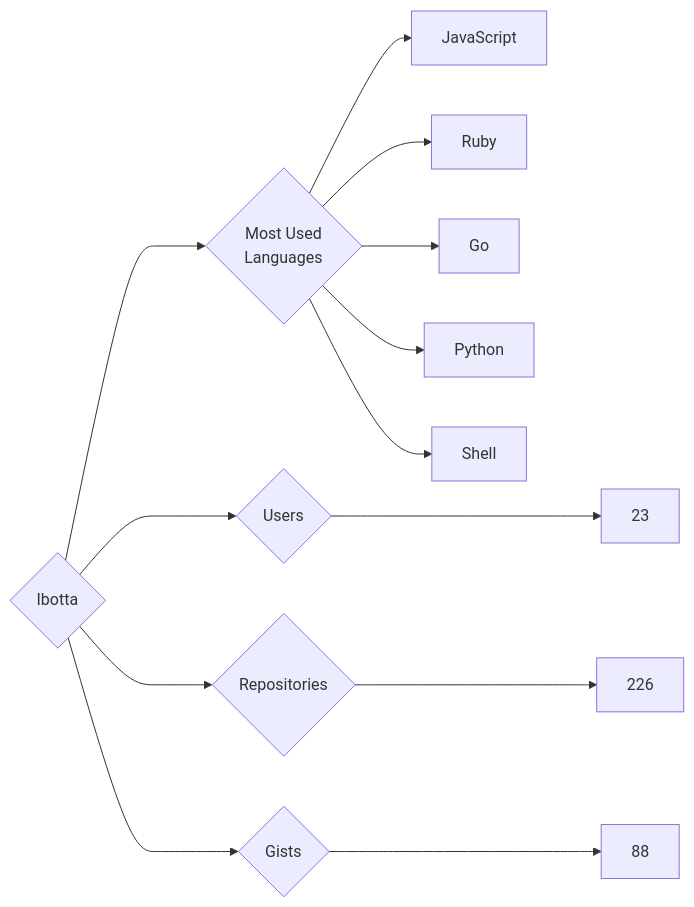
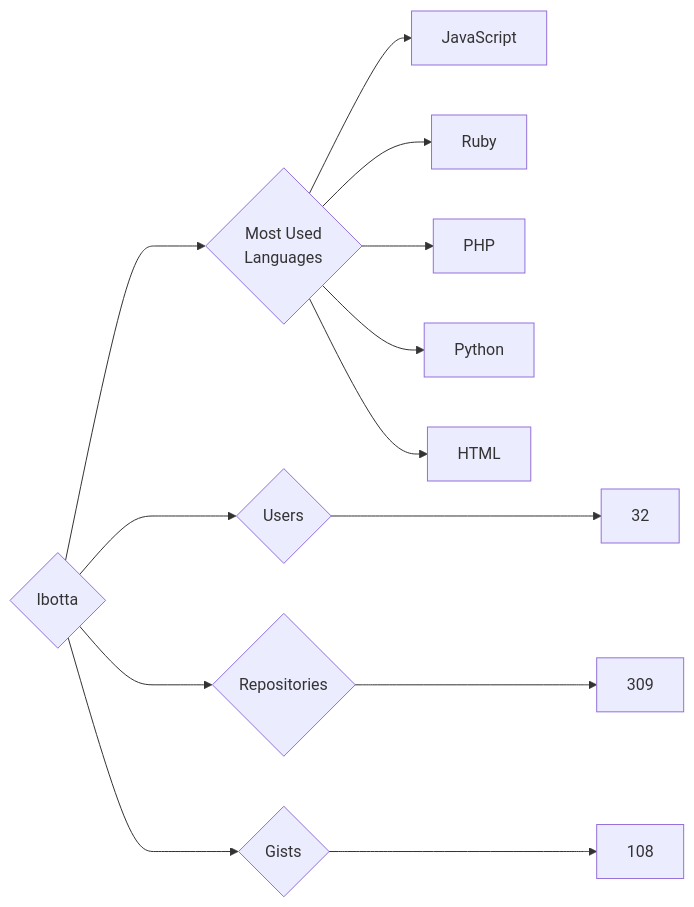
Before and after one commit to trickest/insiders: the diagram in targets/Ibotta/README.md, drawn with Mermaid. The commit also changed 984 other files, not shown here.

````diff
--- a/targets/Ibotta/README.md
+++ b/targets/Ibotta/README.md
@@ -3,13 +3,13 @@
 ```mermaid
 graph LR
 COMPANY_NAME{Ibotta}
-COMPANY_NAME ---> U{Users} ---> UN[23]
-COMPANY_NAME ---> R{Repositories} ---> RN[226]
-COMPANY_NAME ---> G{Gists} ---> GN[88]
+COMPANY_NAME ---> U{Users} ---> UN[32]
+COMPANY_NAME ---> R{Repositories} ---> RN[309]
+COMPANY_NAME ---> G{Gists} ---> GN[108]
 COMPANY_NAME ---> ML{Most Used<br>Languages}
 ML --> JavaScript[JavaScript]
 ML --> Ruby[Ruby]
-ML --> Go[Go]
+ML --> PHP[PHP]
 ML --> Python[Python]
-ML --> Shell[Shell]
+ML --> HTML[HTML]
 ```
````
